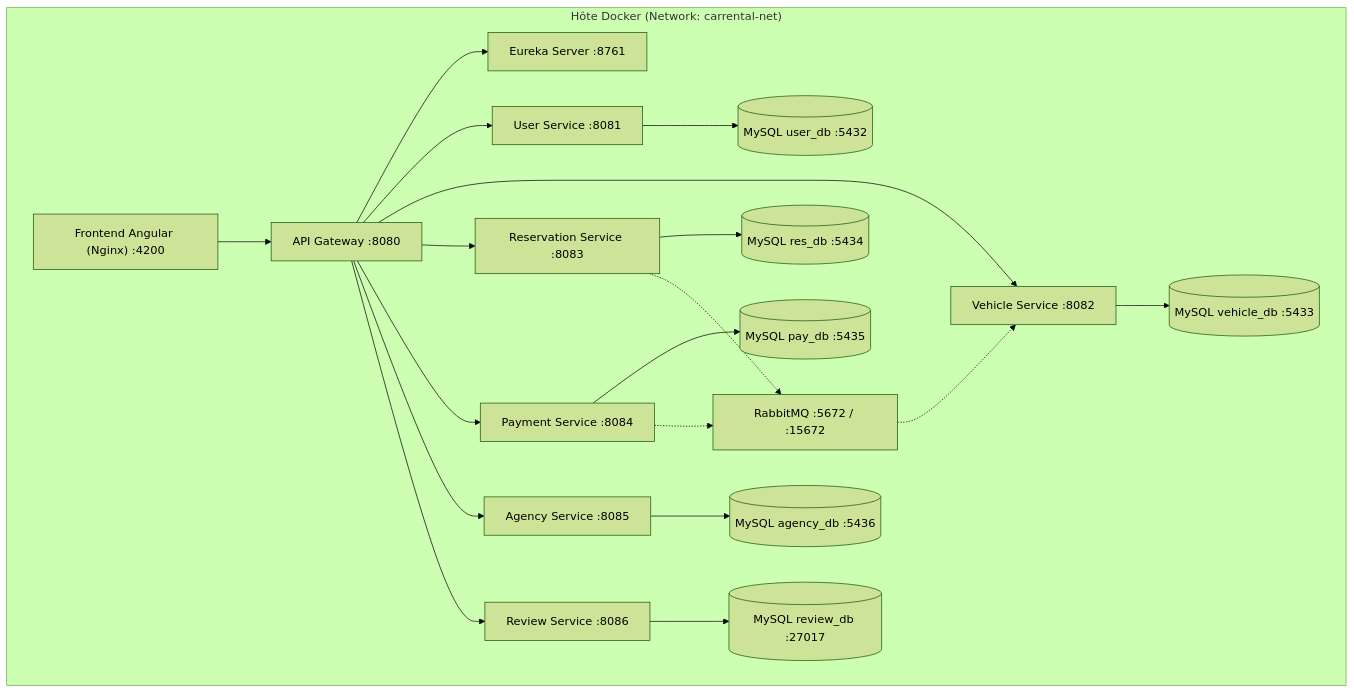
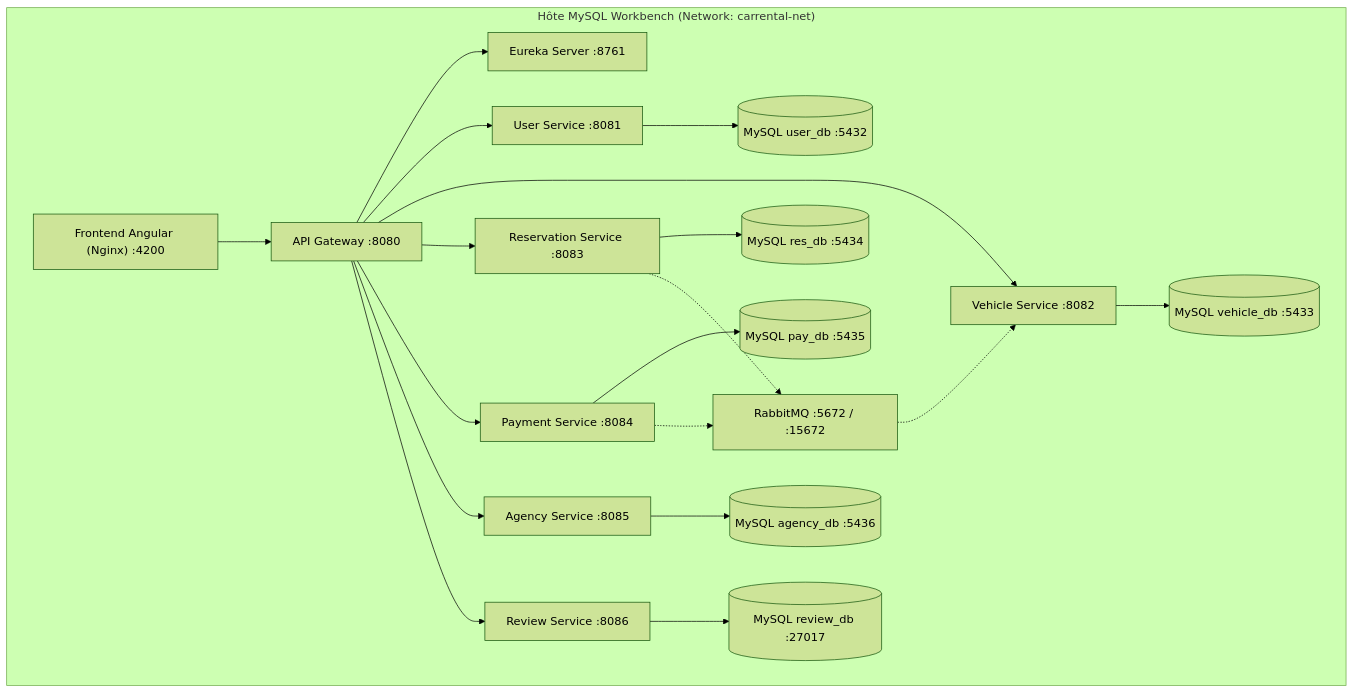
Diagram 11 of 11 in Documentation/Diagrams/README_DIAGRAMMES.md (rayansayari/awd), drawn with Mermaid (forest theme) before and after one commit. The commit also changed 15 other files, not shown here.

Commit message:
refactor(infra): replace Docker with local execution and MySQL Workbench initialization script

````diff
--- a/Documentation/Diagrams/README_DIAGRAMMES.md
+++ b/Documentation/Diagrams/README_DIAGRAMMES.md
@@ -392,35 +392,35 @@
 ```mermaid
 graph TB
-    subgraph Host["Hôte Docker (Network: carrental-net)"]
+    subgraph Host["Hôte MySQL Workbench (Network: carrental-net)"]
         NGINX["Frontend Angular (Nginx) :4200"]
         GATEWAY["API Gateway :8080"]
         EUREKA["Eureka Server :8761"]
         RABBIT["RabbitMQ :5672 / :15672"]
 
         USER_S["User Service :8081"]
         VEH_S["Vehicle Service :8082"]
         RES_S["Reservation Service :8083"]
         PAY_S["Payment Service :8084"]
         AGN_S["Agency Service :8085"]
         REV_S["Review Service :8086"]
 
         DB1[("MySQL user_db :5432")]
         DB2[("MySQL vehicle_db :5433")]
         DB3[("MySQL res_db :5434")]
         DB4[("MySQL pay_db :5435")]
         DB5[("MySQL agency_db :5436")]
         DB6[("MySQL review_db :27017")]
     end
 
     NGINX --> GATEWAY
     GATEWAY --> EUREKA
     GATEWAY --> USER_S & VEH_S & RES_S & PAY_S & AGN_S & REV_S
     USER_S --> DB1
     VEH_S --> DB2
     RES_S --> DB3
     PAY_S --> DB4
     AGN_S --> DB5
     REV_S --> DB6
     RES_S & PAY_S -.-> RABBIT
     RABBIT -.-> VEH_S
 ```
````
